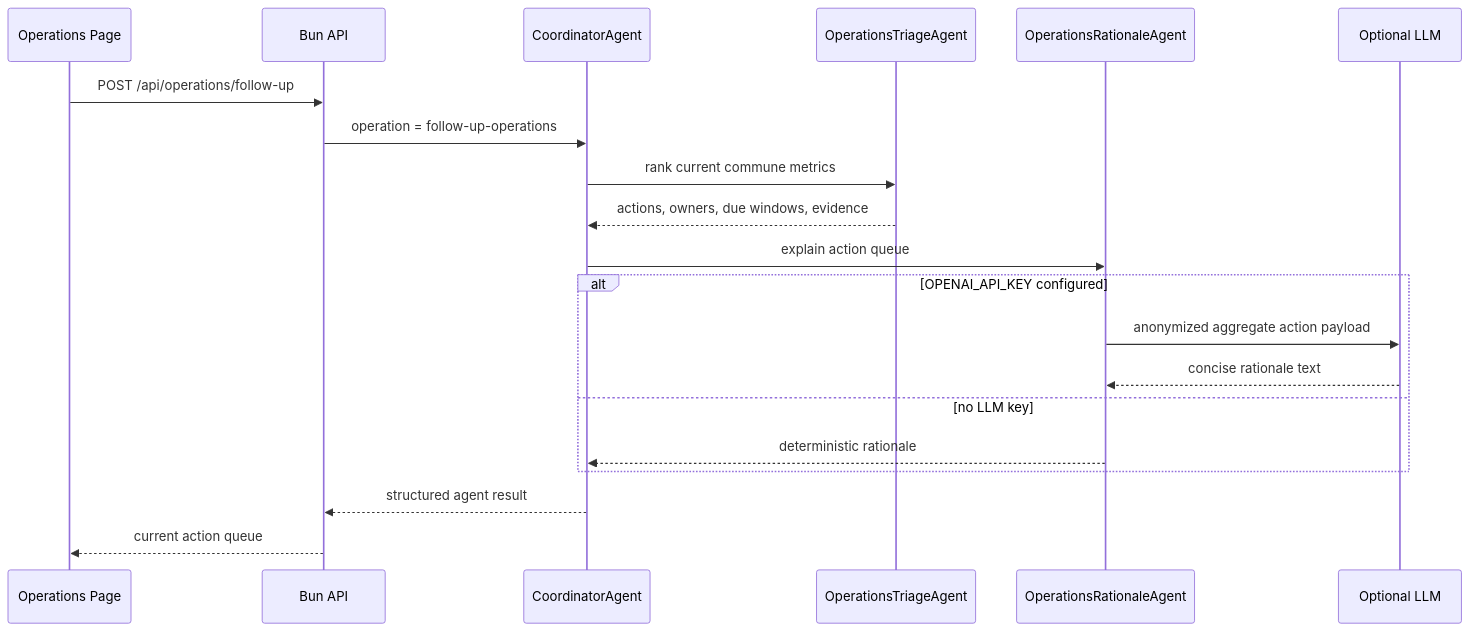
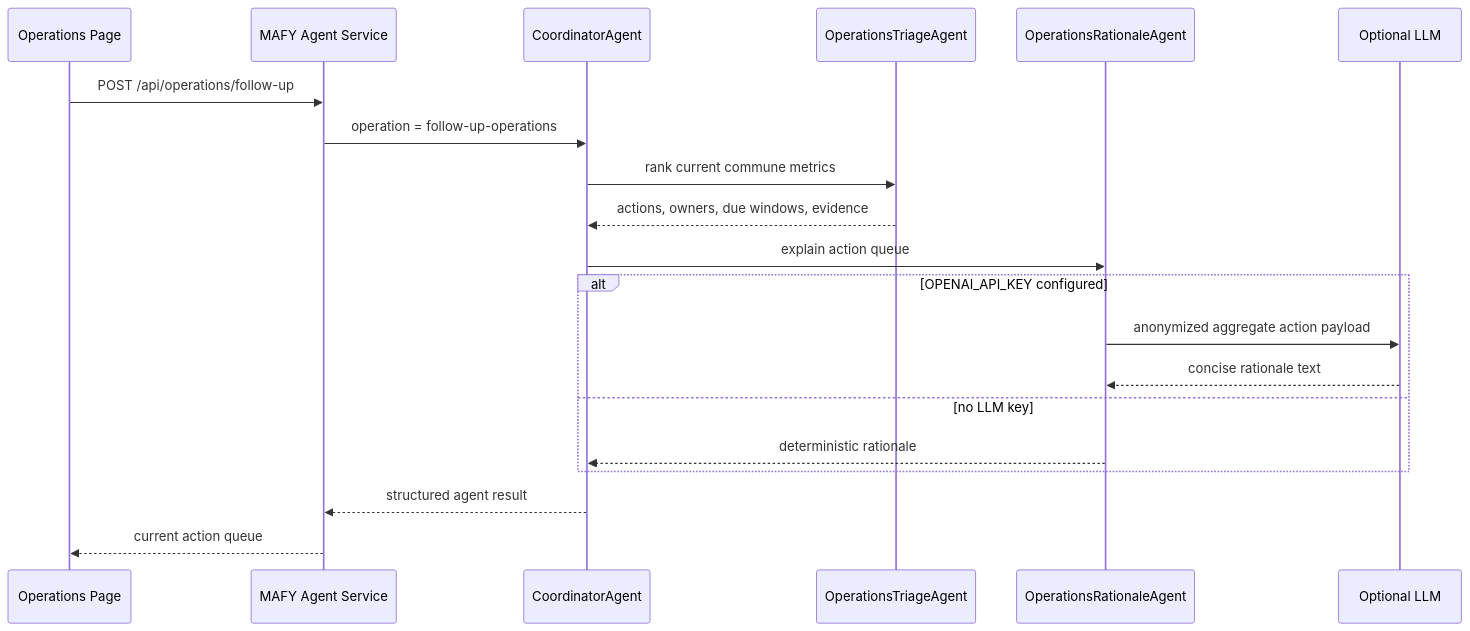
One commit to ENZOMOTIVE/poverty_404 changed the second of 4 diagrams in docs/AGENTIC_INFRASTRUCTURE.md. Above: the diagram before and after it, drawn with Mermaid. The commit also changed other lines of this file and 18 other files, not shown here.

````diff
--- a/docs/AGENTIC_INFRASTRUCTURE.md
+++ b/docs/AGENTIC_INFRASTRUCTURE.md
@@ -56,23 +56,23 @@
 ```mermaid
 sequenceDiagram
   participant UI as Operations Page
-  participant API as Bun API
+  participant API as MAFY Agent Service
   participant C as CoordinatorAgent
   participant T as OperationsTriageAgent
   participant R as OperationsRationaleAgent
   participant L as Optional LLM
 
   UI->>API: POST /api/operations/follow-up
   API->>C: operation = follow-up-operations
   C->>T: rank current commune metrics
   T-->>C: actions, owners, due windows, evidence
   C->>R: explain action queue
   alt OPENAI_API_KEY configured
     R->>L: anonymized aggregate action payload
     L-->>R: concise rationale text
   else no LLM key
     R-->>C: deterministic rationale
   end
   C-->>API: structured agent result
   API-->>UI: current action queue
 ```
````
